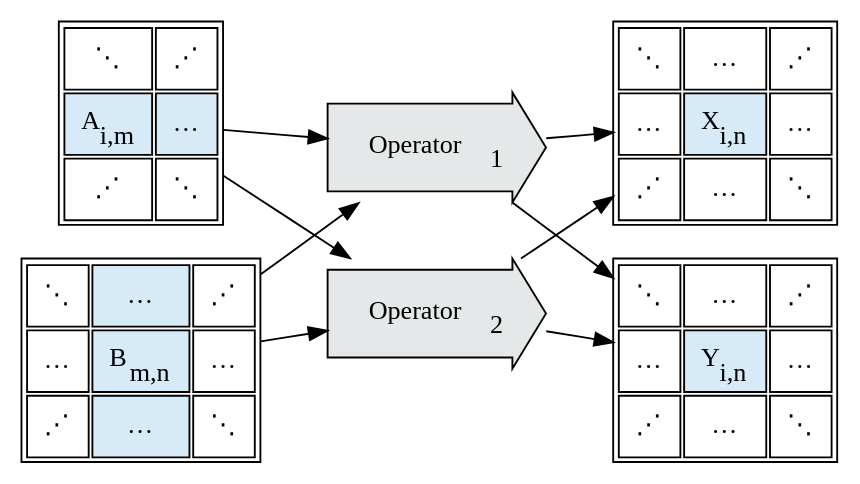
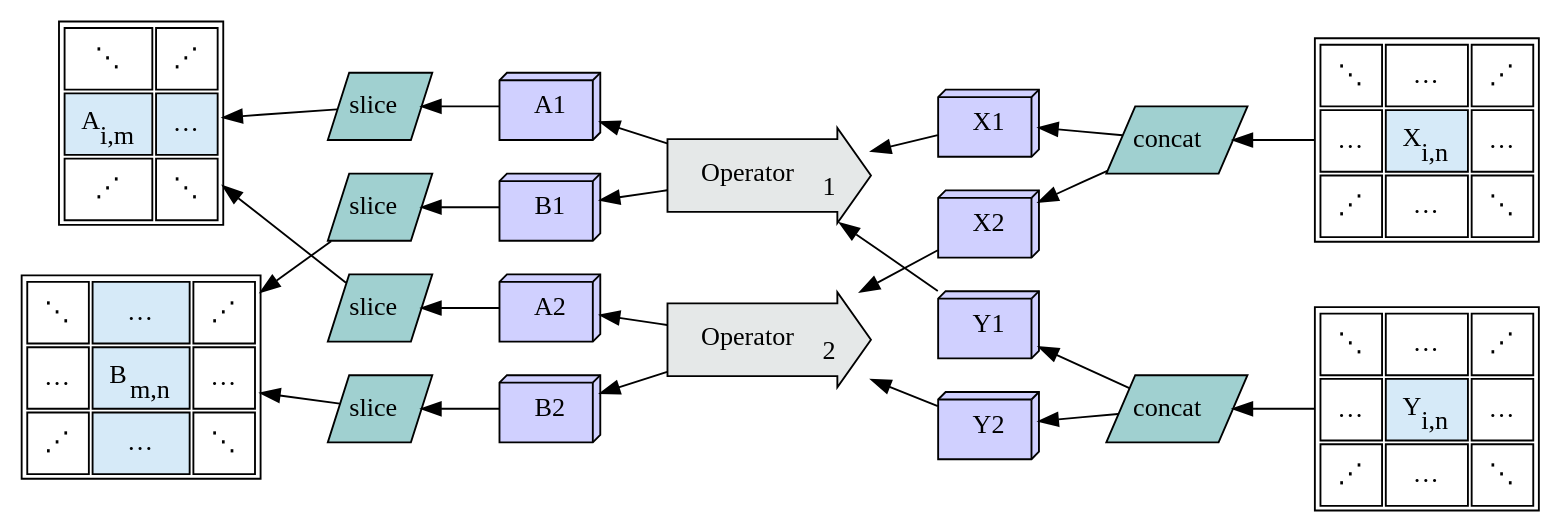
Diagram 11 of 55 in source/Tapestry/index.md (crutcher/crutcher.github.io-source), drawn with Graphviz before and after one commit. The commit also changed other lines of this file, not shown here.

Commit message:
graph ordering

````diff
--- a/source/Tapestry/index.md
+++ b/source/Tapestry/index.md
@@ -1457,6 +1602,7 @@
 ```graphviz
 digraph G {
-    rankdir=LR;
+    rankdir=RL;
+    A1, A2, B1, B2, X1, X2, Y1, Y2 [shape=box3d, fillcolor="#d0d0ff", style=filled];
 
     A [
         shape="plain",
@@ -1506,14 +1652,14 @@
         shape=rarrow,
         style=filled,
         fillcolor="#E5E8E8",
-        margin=0.3
+        margin=0.25
     ];
     op2 [
         label=<Operator<sub>2</sub>>,
         shape=rarrow,
         style=filled,
         fillcolor="#E5E8E8",
-        margin=0.3
+        margin=0.25
     ];
     
     X [
@@ -1562,14 +1708,83 @@
         >,
     ];
     
-    A -> op1;
-    B -> op1;
-    op1 -> X;
-    op1 -> Y;
+    SA1 [
+      label=<slice>,
+      margin=0,
+      shape=parallelogram,
+      style=filled,
+      fillcolor="#a0d0d0",
+      color=black,
+    ];
+    SA2 [
+      label=<slice>,
+      margin=0,
+      shape=parallelogram,
+      style=filled,
+      fillcolor="#a0d0d0",
+      color=black,
+    ];
+    SB1 [
+      label=<slice>,
+      margin=0,
+      shape=parallelogram,
+      style=filled,
+      fillcolor="#a0d0d0",
+      color=black,
+    ];
+    SB2 [
+      label=<slice>,
+      margin=0,
+      shape=parallelogram,
+      style=filled,
+      fillcolor="#a0d0d0",
+      color=black,
+    ];
     
-    A -> op2;
-    B -> op2;
-    op2 -> X;
-    op2 -> Y;
+    SX [
+      label=<concat>,
+      margin=0,
+      shape=parallelogram,
+      style=filled,
+      fillcolor="#a0d0d0",
+      color=black,
+    ];
+    SY [
+      label=<concat>,
+      margin=0,
+      shape=parallelogram,
+      style=filled,
+      fillcolor="#a0d0d0",
+      color=black,
+    ];
+    
+    SA1 -> A;
+    SA2 -> A;
+    A1 -> SA1;
+    A2 -> SA2;
+    
+    SB1 -> B;
+    SB2 -> B;
+    B1 -> SB1;
+    B2 -> SB2;
+    
+    op1 -> A1;
+    op1 -> B1;
+    X1 -> op1;
+    Y1 -> op1;
+    
+    op2 -> A2;
+    op2 -> B2;
+    X2 -> op2;
+    Y2 -> op2;
+    
+    SX -> X1;
+    SX -> X2;
+    
+    SY -> Y1;
+    SY -> Y2;
+    
+    X -> SX;
+    Y -> SY;
 }
 ```
````
